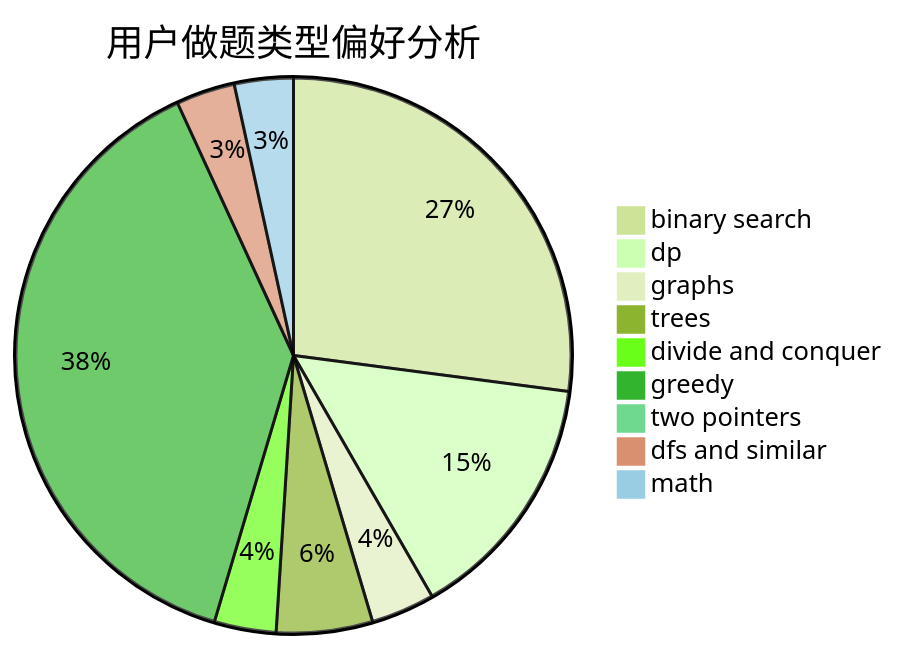
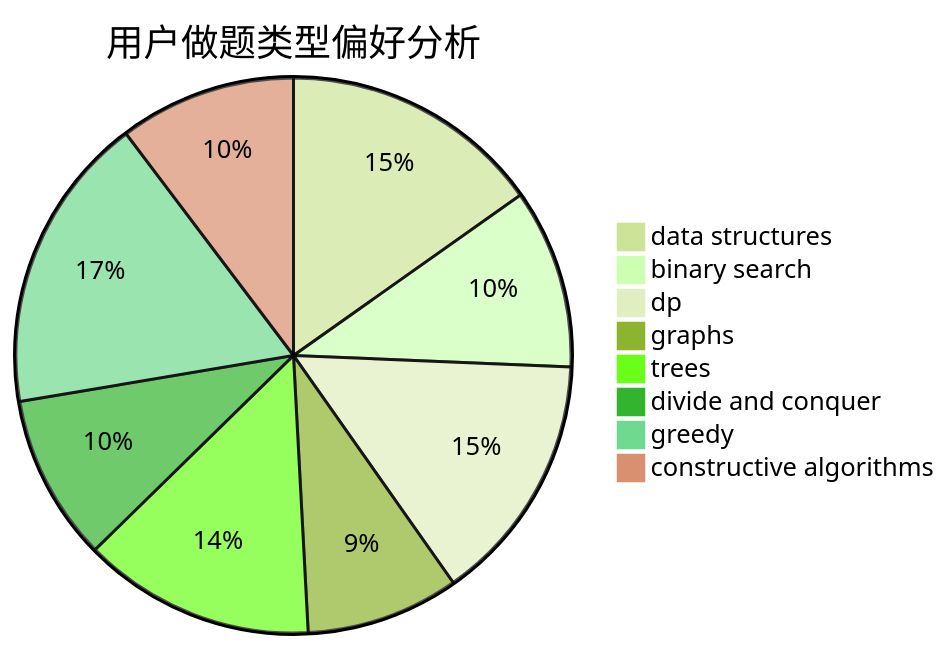
One commit to sherpahu/cfrs.github.io changed the second of 3 diagrams in docs/user/u682.md. Above: the diagram before and after it, drawn with Mermaid (forest theme). The commit also changed other lines of this file and 2775 other files, not shown here.

````diff
--- a/docs/user/u682.md
+++ b/docs/user/u682.md
@@ -23,12 +23,11 @@
 ```mermaid
 pie title 用户做题类型偏好分析
-    "binary search" :  474
-    "dp" :  256
-    "graphs" :  65
-    "trees" :  98
+    "data structures" :  99
+    "binary search" :  68
+    "dp" :  95
+    "graphs" :  58
+    "trees" :  88
     "divide and conquer" :  63
-    "greedy" :  675
-    "two pointers" :  5
-    "dfs and similar" :  60
-    "math" :  60
+    "greedy" :  113
+    "constructive algorithms" :  67
 ```
````
